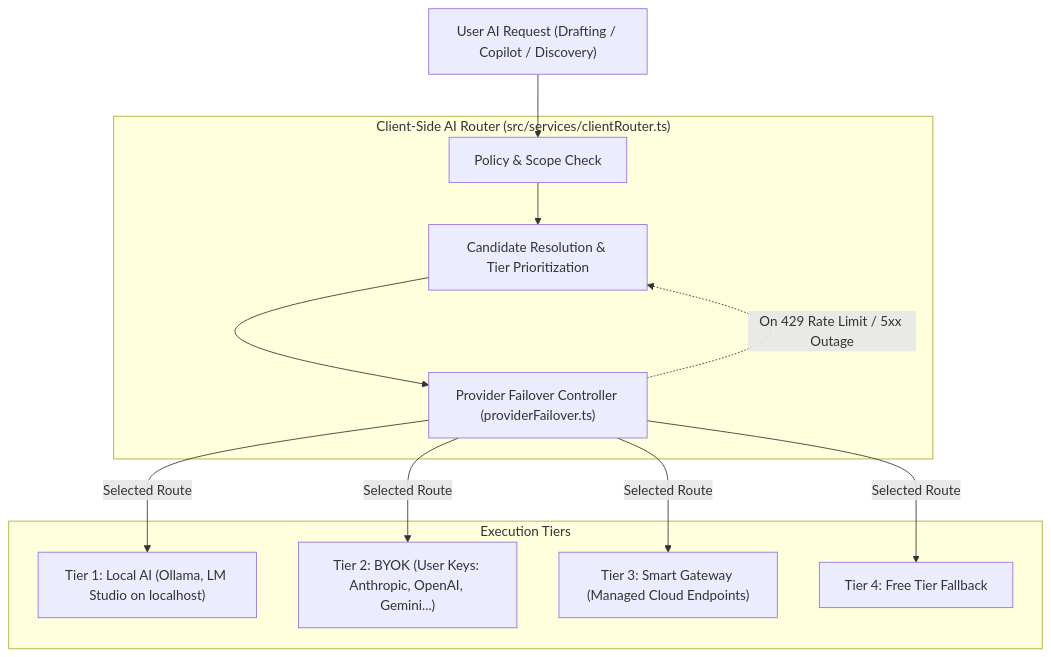
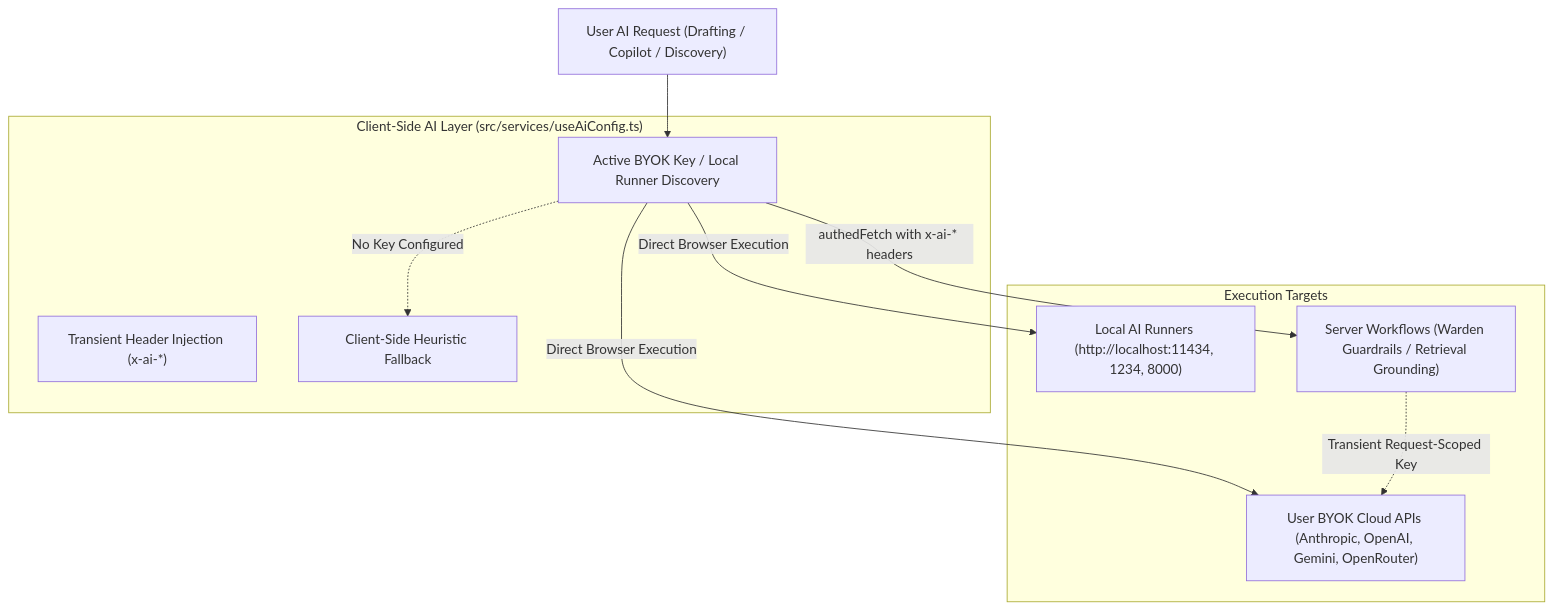
Before and after one commit to docgovinda-glitch/scholar-agentic-os: the diagram in docs/AI-SYSTEM.md, drawn with Mermaid. The commit also changed other lines of this file and 20 other files, not shown here.

Commit message:
feat(ai-engine): enforce strict client-only BYOK/Local AI, dynamic model discovery, and system-wide model unification

````diff
--- a/docs/AI-SYSTEM.md
+++ b/docs/AI-SYSTEM.md
@@ -11,27 +11,23 @@
 ```mermaid
 graph TD
     UserReq["User AI Request (Drafting / Copilot / Discovery)"]
     
-    subgraph ClientRouting ["Client-Side AI Router (src/services/clientRouter.ts)"]
-        PolicyCheck["Policy & Scope Check"]
-        CandidateSelection["Candidate Resolution & Tier Prioritization"]
-        FailoverEngine["Provider Failover Controller (providerFailover.ts)"]
+    subgraph ClientLayer ["Client-Side AI Layer (src/services/useAiConfig.ts)"]
+        ActiveConfig["Active BYOK Key / Local Runner Discovery"]
+        HeaderInjection["Transient Header Injection (x-ai-*)"]
+        ClientFallback["Client-Side Heuristic Fallback"]
     end
     
-    subgraph ExecutionTiers ["Execution Tiers"]
-        LocalTier["Tier 1: Local AI (Ollama, LM Studio on localhost)"]
-        BYOKTier["Tier 2: BYOK (User Keys: Anthropic, OpenAI, Gemini...)"]
-        GatewayTier["Tier 3: Smart Gateway (Managed Cloud Endpoints)"]
-        FreeTier["Tier 4: Free Tier Fallback"]
+    subgraph ExecutionModes ["Execution Targets"]
+        LocalEngine["Local AI Runners (http://localhost:11434, 1234, 8000)"]
+        CloudBYOK["User BYOK Cloud APIs (Anthropic, OpenAI, Gemini, OpenRouter)"]
+        ServerOrchestration["Server Workflows (Warden Guardrails / Retrieval Grounding)"]
     end
     
-    UserReq --> PolicyCheck
-    PolicyCheck --> CandidateSelection
-    CandidateSelection --> FailoverEngine
-    FailoverEngine -->|Selected Route| LocalTier
-    FailoverEngine -->|Selected Route| BYOKTier
-    FailoverEngine -->|Selected Route| GatewayTier
-    FailoverEngine -->|Selected Route| FreeTier
-    
-    FailoverEngine -.->|On 429 Rate Limit / 5xx Outage| CandidateSelection
+    UserReq --> ActiveConfig
+    ActiveConfig -->|Direct Browser Execution| LocalEngine
+    ActiveConfig -->|Direct Browser Execution| CloudBYOK
+    ActiveConfig -->|authedFetch with x-ai-* headers| ServerOrchestration
+    ServerOrchestration -.->|Transient Request-Scoped Key| CloudBYOK
+    ActiveConfig -.->|No Key Configured| ClientFallback
 ```
````
